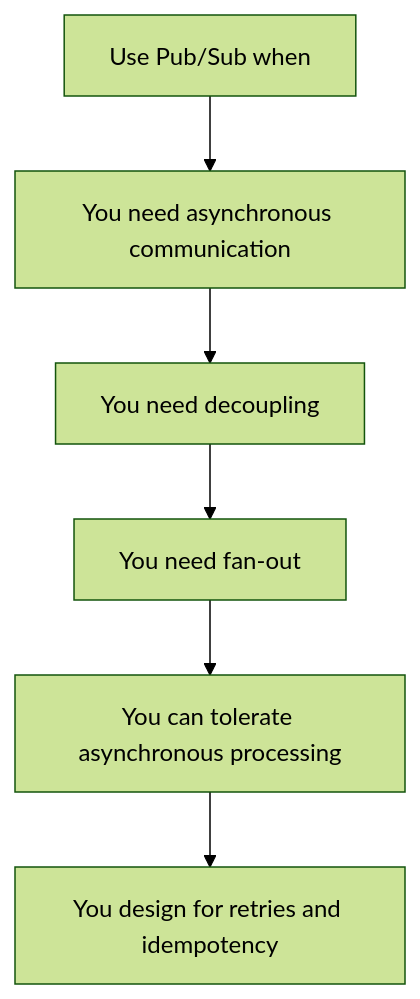
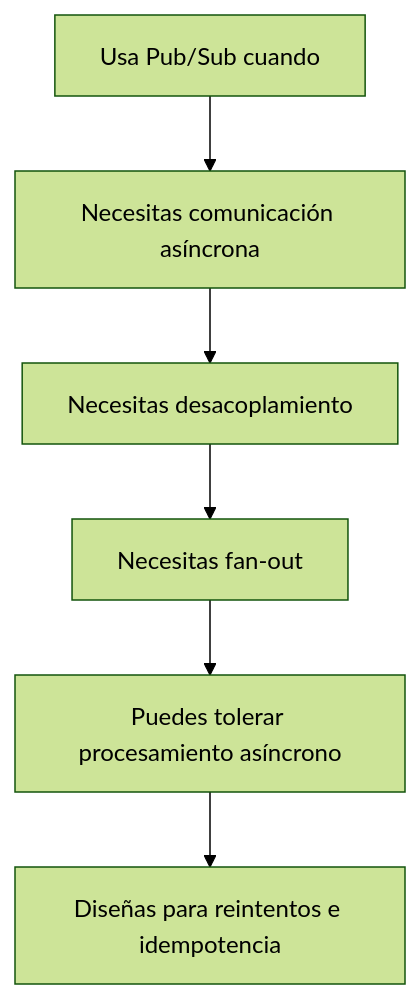
Before and after one commit to mytheondev/mytheondev: the tenth of 10 diagrams in src/content/blog/google-cloud-pubsub-how-to-use-it-correctly.es.md, drawn with Mermaid (forest theme). The commit also changed other lines of this file and 33 other files, not shown here.

````diff
--- a/src/content/blog/google-cloud-pubsub-how-to-use-it-correctly.es.md
+++ b/src/content/blog/google-cloud-pubsub-how-to-use-it-correctly.es.md
@@ -383,8 +376,8 @@
 ```mermaid
 flowchart TD
-  When[Use Pub/Sub when] --> Async[You need asynchronous communication]
-  Async --> Decouple[You need decoupling]
-  Decouple --> FanOut[You need fan-out]
-  FanOut --> Tolerate[You can tolerate asynchronous processing]
-  Tolerate --> Idempotent[You design for retries and idempotency]
+  When[Usa Pub/Sub cuando] --> Async[Necesitas comunicación asíncrona]
+  Async --> Decouple[Necesitas desacoplamiento]
+  Decouple --> FanOut[Necesitas fan-out]
+  FanOut --> Tolerate[Puedes tolerar procesamiento asíncrono]
+  Tolerate --> Idempotent[Diseñas para reintentos e idempotencia]
 ```
````
